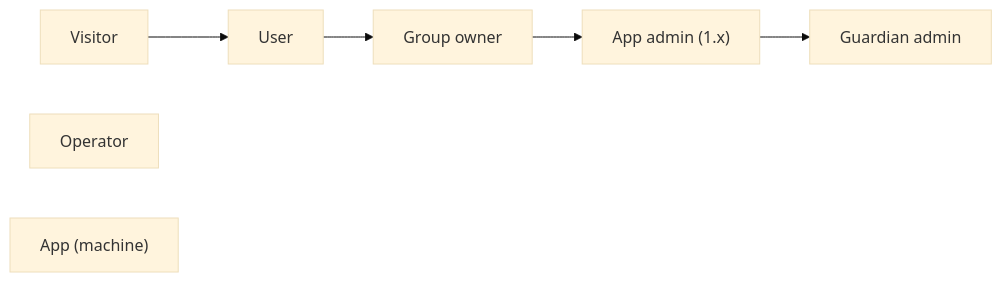
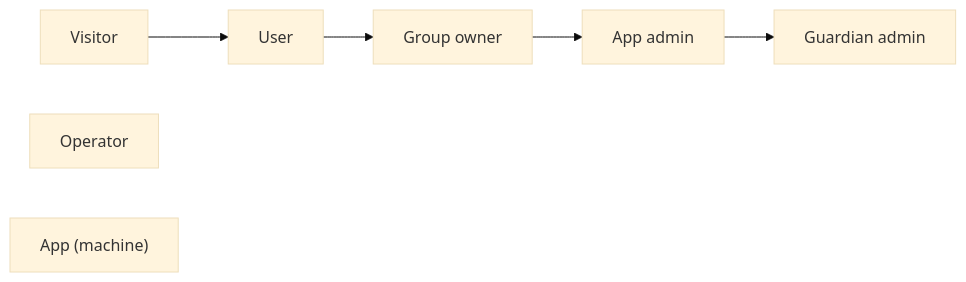
The diagram in docs/USERS.md (Krysset/Guardian), drawn with Mermaid (base theme) before and after one commit. The commit also changed other lines of this file and 80 other files, not shown here.

````diff
--- a/docs/USERS.md
+++ b/docs/USERS.md
@@ -25,6 +25,6 @@
 ```mermaid
 flowchart LR
-  V[Visitor] --> U[User] --> O[Group owner] --> AA["App admin (1.x)"] --> GA[Guardian admin]
+  V[Visitor] --> U[User] --> O[Group owner] --> AA["App admin"] --> GA[Guardian admin]
   P[Operator]
   M["App (machine)"]
 ```
````
